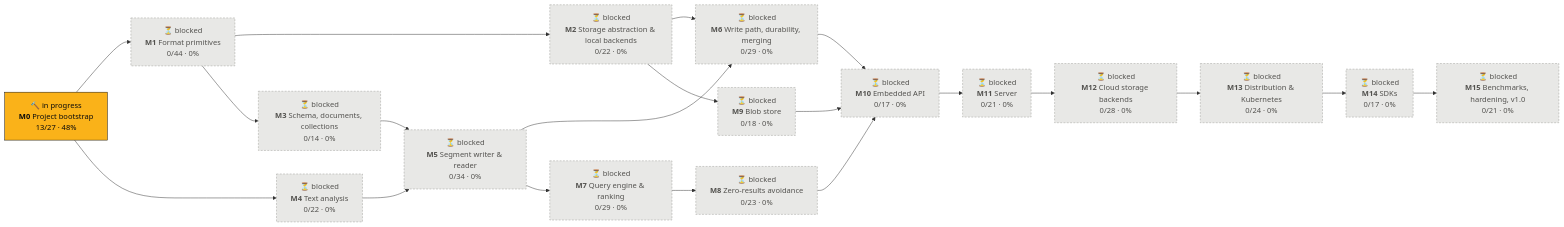
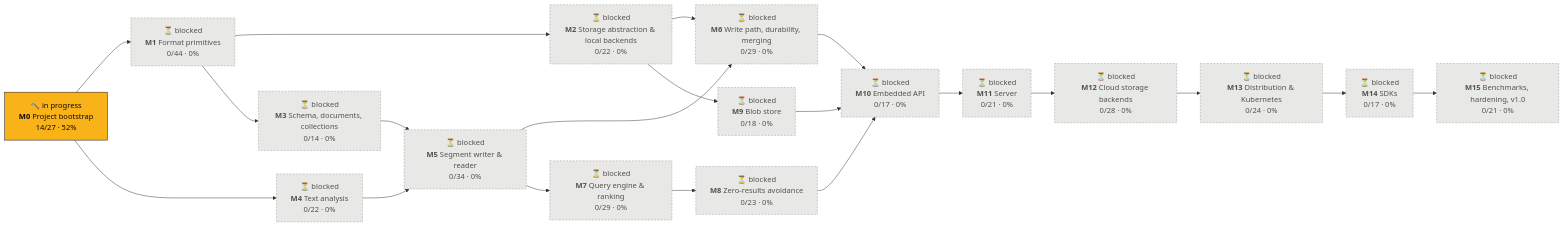
Before and after one commit to tomiok/persiaDB: the first of 2 diagrams in PROGRESS.md, drawn with Mermaid. The commit also changed other lines of this file and 5 other files, not shown here.

Commit message:
docs: ADR-0001 own engine and allowed dependencies (ROADMAP 0.4.2)

````diff
--- a/PROGRESS.md
+++ b/PROGRESS.md
@@ -14,42 +14,42 @@
 ```mermaid
 flowchart LR
-  M0["🔨 in progress<br/><b>M0</b> Project bootstrap<br/>13/27 · 48%"]:::doing
+  M0["🔨 in progress<br/><b>M0</b> Project bootstrap<br/>14/27 · 52%"]:::doing
   M1["⏳ blocked<br/><b>M1</b> Format primitives<br/>0/44 · 0%"]:::blocked
   M2["⏳ blocked<br/><b>M2</b> Storage abstraction & local backends<br/>0/22 · 0%"]:::blocked
   M3["⏳ blocked<br/><b>M3</b> Schema, documents, collections<br/>0/14 · 0%"]:::blocked
   M4["⏳ blocked<br/><b>M4</b> Text analysis<br/>0/22 · 0%"]:::blocked
   M5["⏳ blocked<br/><b>M5</b> Segment writer & reader<br/>0/34 · 0%"]:::blocked
   M6["⏳ blocked<br/><b>M6</b> Write path, durability, merging<br/>0/29 · 0%"]:::blocked
   M7["⏳ blocked<br/><b>M7</b> Query engine & ranking<br/>0/29 · 0%"]:::blocked
   M8["⏳ blocked<br/><b>M8</b> Zero-results avoidance<br/>0/23 · 0%"]:::blocked
   M9["⏳ blocked<br/><b>M9</b> Blob store<br/>0/18 · 0%"]:::blocked
   M10["⏳ blocked<br/><b>M10</b> Embedded API<br/>0/17 · 0%"]:::blocked
   M11["⏳ blocked<br/><b>M11</b> Server<br/>0/21 · 0%"]:::blocked
   M12["⏳ blocked<br/><b>M12</b> Cloud storage backends<br/>0/28 · 0%"]:::blocked
   M13["⏳ blocked<br/><b>M13</b> Distribution & Kubernetes<br/>0/24 · 0%"]:::blocked
   M14["⏳ blocked<br/><b>M14</b> SDKs<br/>0/17 · 0%"]:::blocked
   M15["⏳ blocked<br/><b>M15</b> Benchmarks, hardening, v1.0<br/>0/21 · 0%"]:::blocked
   M0 --> M1
   M1 --> M2
   M1 --> M3
   M0 --> M4
   M3 --> M5
   M4 --> M5
   M2 --> M6
   M5 --> M6
   M5 --> M7
   M7 --> M8
   M2 --> M9
   M6 --> M10
   M8 --> M10
   M9 --> M10
   M10 --> M11
   M11 --> M12
   M12 --> M13
   M13 --> M14
   M14 --> M15
   classDef done fill:#0ca30c,stroke:#0b0b0b,color:#0b0b0b
   classDef doing fill:#fab219,stroke:#0b0b0b,color:#0b0b0b
   classDef ready fill:#fcfcfb,stroke:#0b0b0b,stroke-width:2px,color:#0b0b0b
   classDef blocked fill:#e8e8e6,stroke:#9a9a96,stroke-dasharray:4 3,color:#52514e
 ```
````
